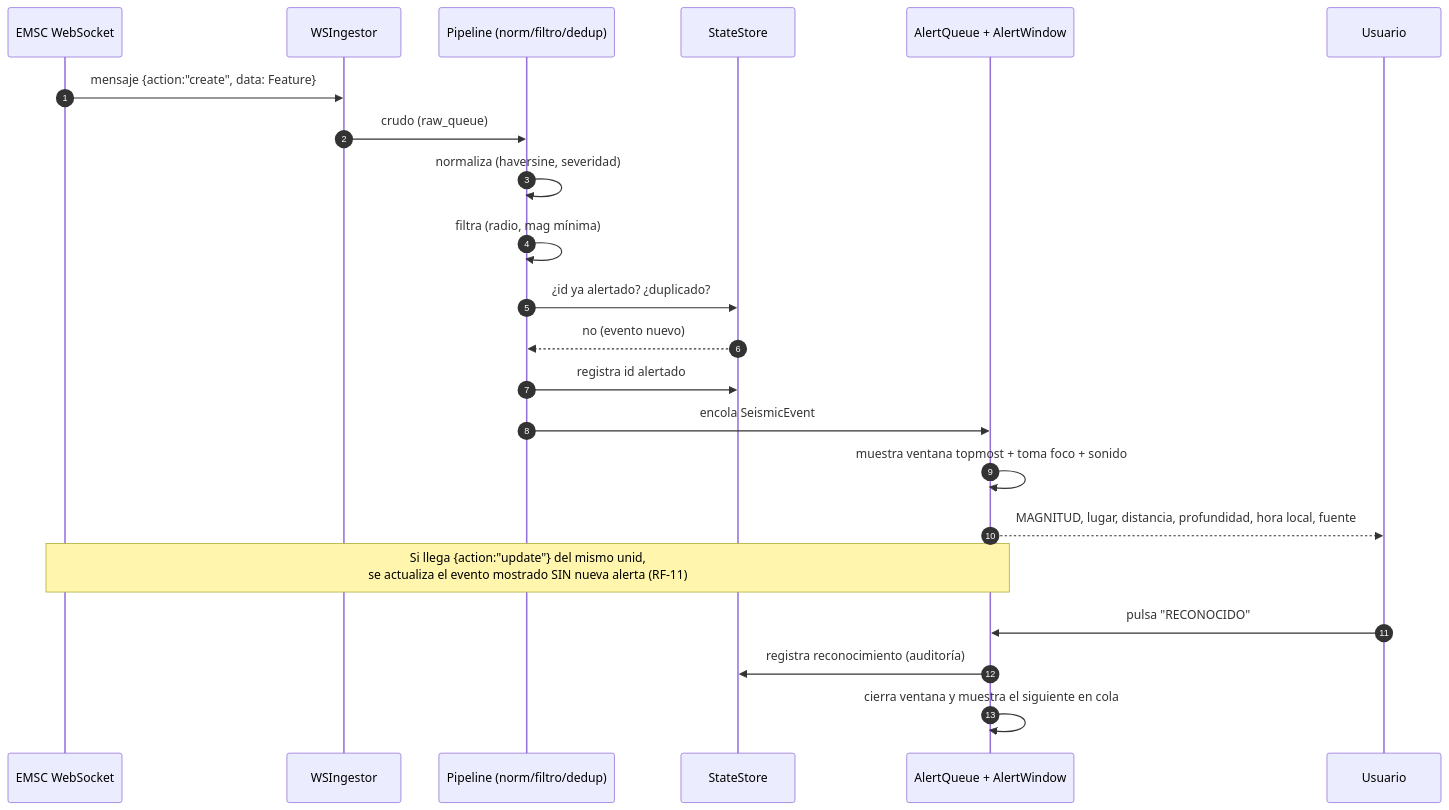
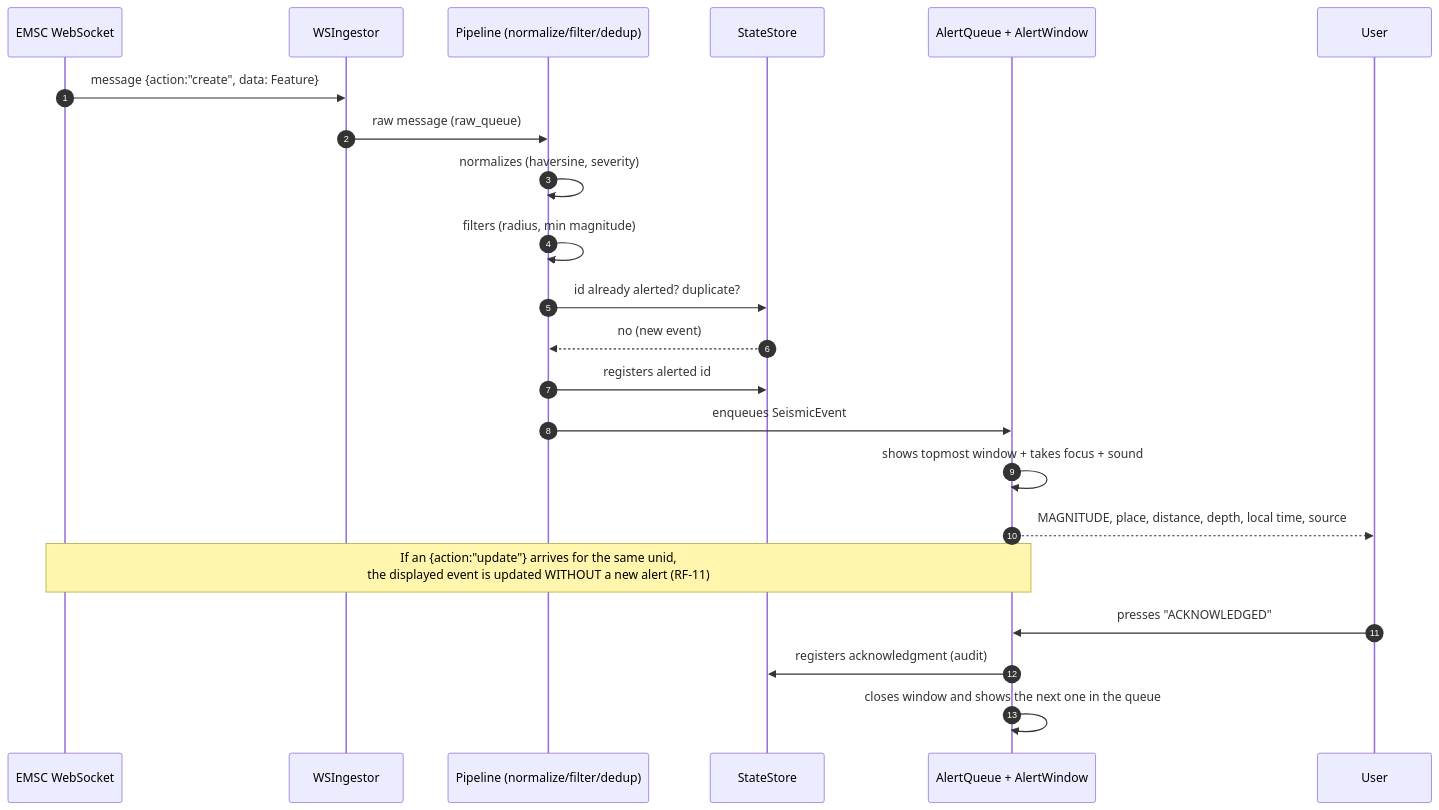
Before and after one commit to ecrespo/vigia-eew: the second of 5 diagrams in ARCHITECTURE.md, drawn with Mermaid. The commit also changed other lines of this file and 88 other files, not shown here.

````diff
--- a/ARCHITECTURE.md
+++ b/ARCHITECTURE.md
@@ -93,25 +93,25 @@
 ```mermaid
 sequenceDiagram
     autonumber
     participant EMSC as EMSC WebSocket
     participant WS as WSIngestor
-    participant PIPE as Pipeline (norm/filtro/dedup)
+    participant PIPE as Pipeline (normalize/filter/dedup)
     participant ST as StateStore
     participant UI as AlertQueue + AlertWindow
-    participant USR as Usuario
+    participant USR as User
 
-    EMSC->>WS: mensaje {action:"create", data: Feature}
-    WS->>PIPE: crudo (raw_queue)
-    PIPE->>PIPE: normaliza (haversine, severidad)
-    PIPE->>PIPE: filtra (radio, mag mínima)
-    PIPE->>ST: ¿id ya alertado? ¿duplicado?
-    ST-->>PIPE: no (evento nuevo)
-    PIPE->>ST: registra id alertado
-    PIPE->>UI: encola SeismicEvent
-    UI->>UI: muestra ventana topmost + toma foco + sonido
-    UI-->>USR: MAGNITUD, lugar, distancia, profundidad, hora local, fuente
-    Note over EMSC,UI: Si llega {action:"update"} del mismo unid,<br/>se actualiza el evento mostrado SIN nueva alerta (RF-11)
-    USR->>UI: pulsa "RECONOCIDO"
-    UI->>ST: registra reconocimiento (auditoría)
-    UI->>UI: cierra ventana y muestra el siguiente en cola
+    EMSC->>WS: message {action:"create", data: Feature}
+    WS->>PIPE: raw message (raw_queue)
+    PIPE->>PIPE: normalizes (haversine, severity)
+    PIPE->>PIPE: filters (radius, min magnitude)
+    PIPE->>ST: id already alerted? duplicate?
+    ST-->>PIPE: no (new event)
+    PIPE->>ST: registers alerted id
+    PIPE->>UI: enqueues SeismicEvent
+    UI->>UI: shows topmost window + takes focus + sound
+    UI-->>USR: MAGNITUDE, place, distance, depth, local time, source
+    Note over EMSC,UI: If an {action:"update"} arrives for the same unid,<br/>the displayed event is updated WITHOUT a new alert (RF-11)
+    USR->>UI: presses "ACKNOWLEDGED"
+    UI->>ST: registers acknowledgment (audit)
+    UI->>UI: closes window and shows the next one in the queue
 ```
````
